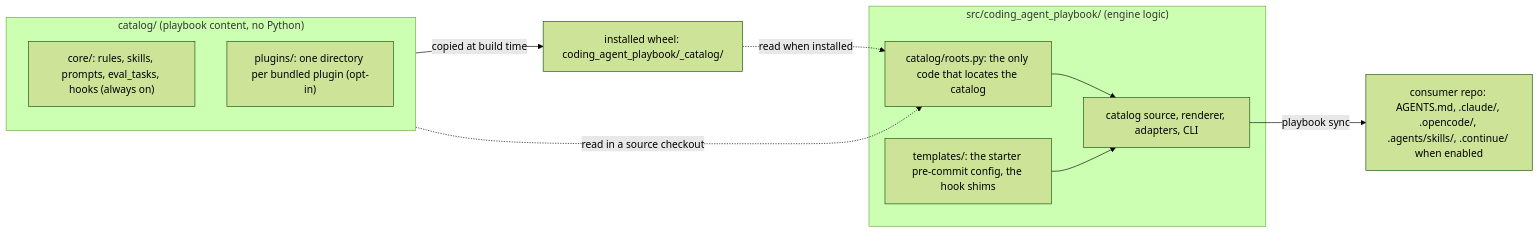
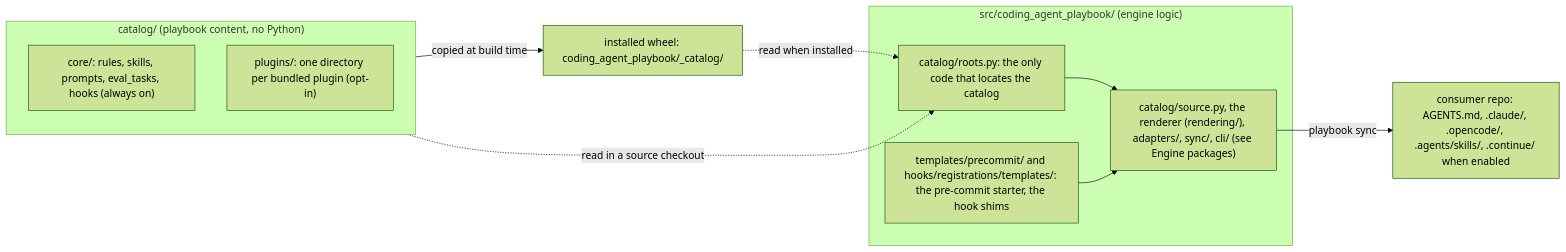
Before and after one commit to msobroza/coding-agent-playbook: the diagram in README.md, drawn with Mermaid (forest theme). The commit also changed other lines of this file and 1 other file, not shown here.

First line of the commit message:
docs(readme): refresh the architecture overview for the flat layout (#146)

````diff
--- a/README.md
+++ b/README.md
@@ -162,20 +226,20 @@
 ```mermaid
 flowchart LR
     subgraph catalog["catalog/ (playbook content, no Python)"]
         core["core/: rules, skills, prompts, eval_tasks, hooks (always on)"]
         plugins["plugins/: one directory per bundled plugin (opt-in)"]
     end
     subgraph src["src/coding_agent_playbook/ (engine logic)"]
         resolver["catalog/roots.py: the only code that locates the catalog"]
-        engine["catalog source, renderer, adapters, CLI"]
-        template["templates/: the starter pre-commit config, the hook shims"]
+        engine["catalog/source.py, the renderer (rendering/), adapters/, sync/, cli/ (see Engine packages)"]
+        template["templates/precommit/ and hooks/registrations/templates/: the pre-commit starter, the hook shims"]
     end
     wheel["installed wheel: coding_agent_playbook/_catalog/"]
     consumer["consumer repo: AGENTS.md, .claude/, .opencode/, .agents/skills/, .continue/ when enabled"]
     catalog -->|"copied at build time"| wheel
     catalog -.->|"read in a source checkout"| resolver
     wheel -.->|"read when installed"| resolver
     resolver --> engine
     template --> engine
     engine -->|"playbook sync"| consumer
 ```
````
